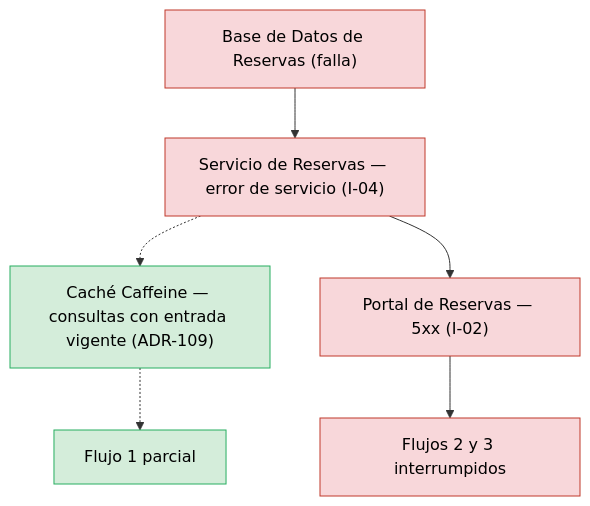
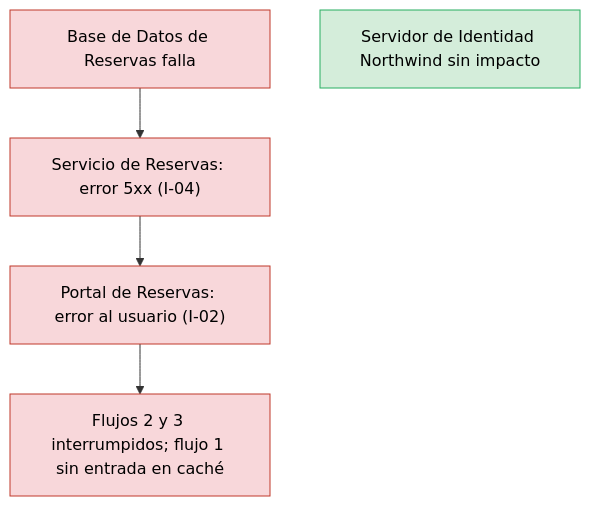
The second of 3 diagrams in analysis/BLAST-RADIUS-2026-11-03.md (shadowX4fox/northwind-reservas), drawn with Mermaid before and after one commit. The commit also changed other lines of this file and 9 other files, not shown here.

````diff
--- a/analysis/BLAST-RADIUS-2026-11-03.md
+++ b/analysis/BLAST-RADIUS-2026-11-03.md
@@ -59,16 +54,9 @@
 ```mermaid
 flowchart TB
-    DB["Base de Datos de Reservas (falla)"]:::cascading
-    SVC["Servicio de Reservas — error de servicio (I-04)"]:::cascading
-    CACHE["Caché Caffeine — consultas con entrada vigente (ADR-109)"]:::contained
-    PORTAL["Portal de Reservas — 5xx (I-02)"]:::cascading
-    F1["Flujo 1 parcial"]:::contained
-    F23["Flujos 2 y 3 interrumpidos"]:::cascading
-    DB --> SVC
-    SVC -.-> CACHE
-    CACHE -.-> F1
-    SVC --> PORTAL
-    PORTAL --> F23
-    classDef cascading fill:#f8d7da,stroke:#c0392b,color:#000
-    classDef contained fill:#d4edda,stroke:#27ae60,color:#000
+  A["Base de Datos de Reservas falla"]:::cascading --> B["Servicio de Reservas: error 5xx (I-04)"]:::cascading
+  B --> C["Portal de Reservas: error al usuario (I-02)"]:::cascading
+  C --> F["Flujos 2 y 3 interrumpidos; flujo 1 sin entrada en caché"]:::cascading
+  D["Servidor de Identidad Northwind sin impacto"]:::contained
+  classDef cascading fill:#f8d7da,stroke:#c0392b,color:#000
+  classDef contained fill:#d4edda,stroke:#27ae60,color:#000
 ```
````
